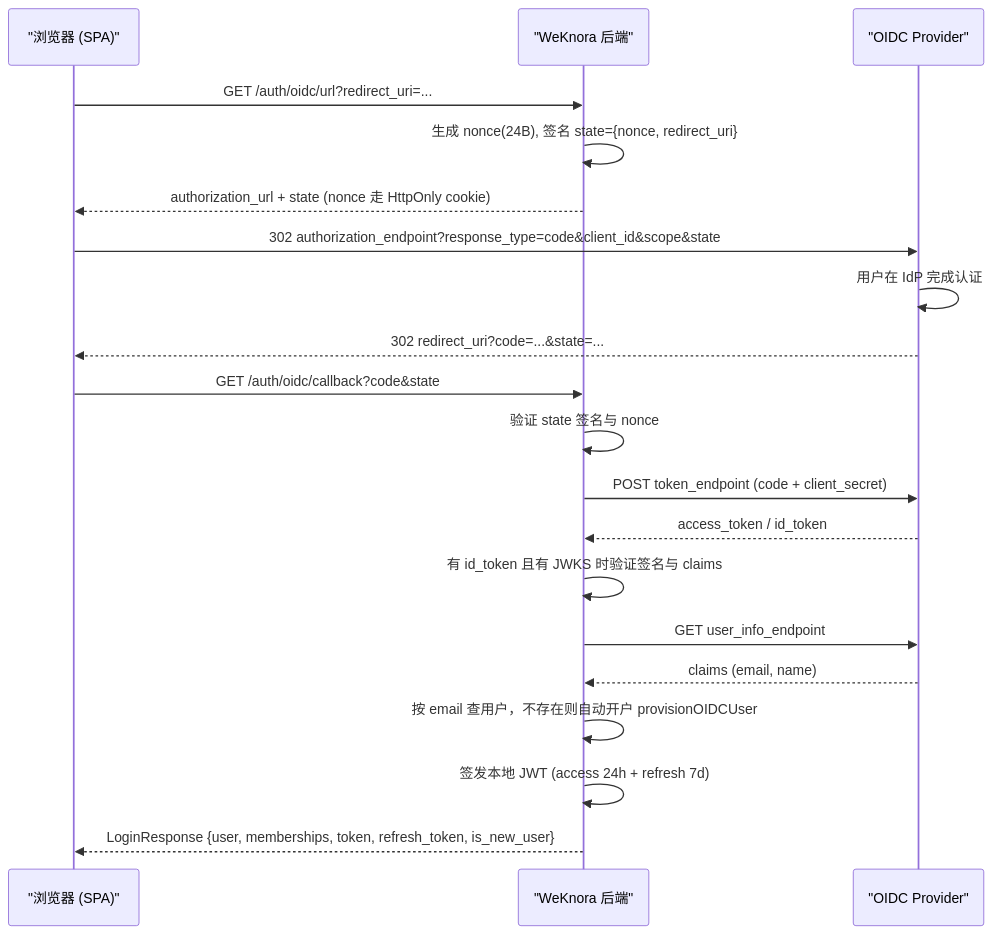
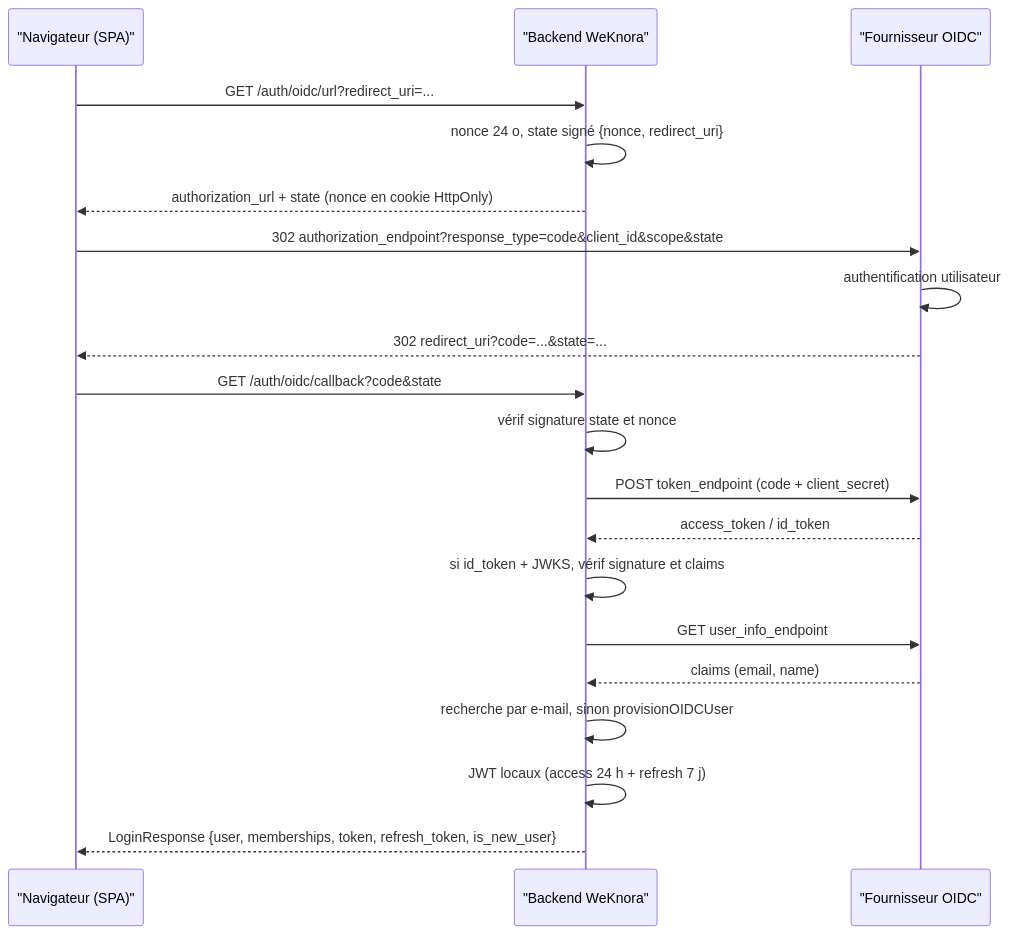
One commit to samiriggui-code/gsms-template changed the third of 3 diagrams in website-docs/03-features/01-tenant-auth.md. Above: the diagram before and after it, drawn with Mermaid. The commit also changed other lines of this file and 301 other files, not shown here.

````diff
--- a/website-docs/03-features/01-tenant-auth.md
+++ b/website-docs/03-features/01-tenant-auth.md
@@ -457,22 +457,22 @@
 ```mermaid
 sequenceDiagram
-    participant B as "浏览器 (SPA)"
-    participant W as "WeKnora 后端"
-    participant IdP as "OIDC Provider"
+    participant B as "Navigateur (SPA)"
+    participant W as "Backend WeKnora"
+    participant IdP as "Fournisseur OIDC"
     B->>W: GET /auth/oidc/url?redirect_uri=...
-    W->>W: 生成 nonce(24B), 签名 state={nonce, redirect_uri}
-    W-->>B: authorization_url + state (nonce 走 HttpOnly cookie)
+    W->>W: nonce 24 o, state signé {nonce, redirect_uri}
+    W-->>B: authorization_url + state (nonce en cookie HttpOnly)
     B->>IdP: 302 authorization_endpoint?response_type=code&client_id&scope&state
-    IdP->>IdP: 用户在 IdP 完成认证
+    IdP->>IdP: authentification utilisateur
     IdP-->>B: 302 redirect_uri?code=...&state=...
     B->>W: GET /auth/oidc/callback?code&state
-    W->>W: 验证 state 签名与 nonce
+    W->>W: vérif signature state et nonce
     W->>IdP: POST token_endpoint (code + client_secret)
     IdP-->>W: access_token / id_token
-    W->>W: 有 id_token 且有 JWKS 时验证签名与 claims
+    W->>W: si id_token + JWKS, vérif signature et claims
     W->>IdP: GET user_info_endpoint
     IdP-->>W: claims (email, name)
-    W->>W: 按 email 查用户，不存在则自动开户 provisionOIDCUser
-    W->>W: 签发本地 JWT (access 24h + refresh 7d)
+    W->>W: recherche par e-mail, sinon provisionOIDCUser
+    W->>W: JWT locaux (access 24 h + refresh 7 j)
     W-->>B: LoginResponse {user, memberships, token, refresh_token, is_new_user}
 ```
````
